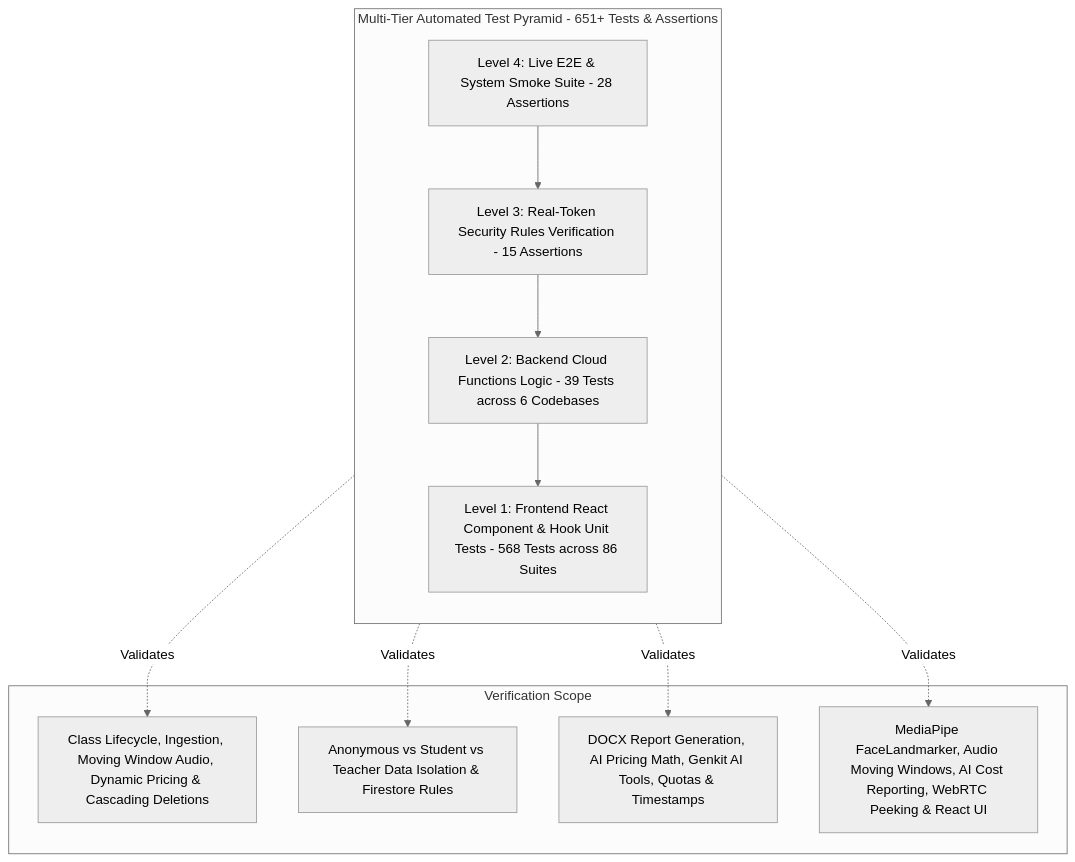
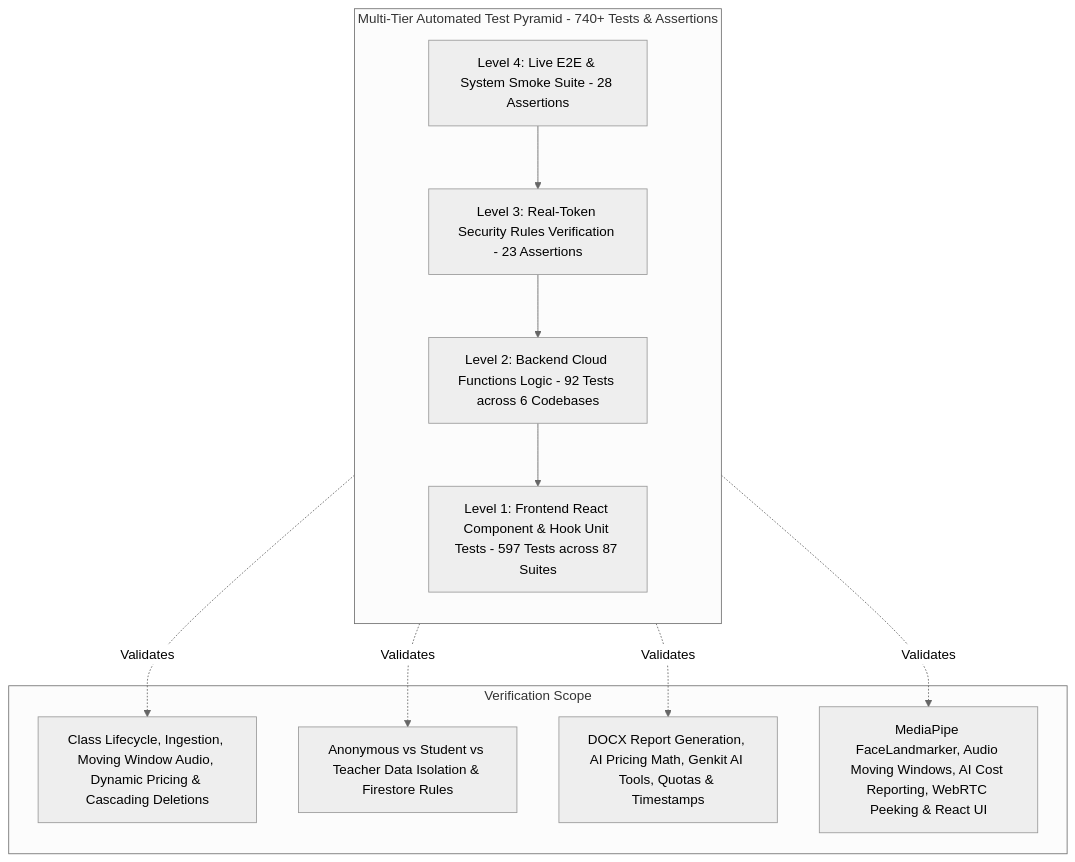
Before and after one commit to wongcyrus/Gemini-AI-Classroom-Assistant: the diagram in docs/testing-strategy-and-coverage.md, drawn with Mermaid (neutral theme). The commit also changed other lines of this file and 28 other files, not shown here.

````diff
--- a/docs/testing-strategy-and-coverage.md
+++ b/docs/testing-strategy-and-coverage.md
@@ -11,19 +11,19 @@
 ```mermaid
 flowchart TD
-    subgraph Pyramid [Multi-Tier Automated Test Pyramid - 651+ Tests & Assertions]
+    subgraph Pyramid [Multi-Tier Automated Test Pyramid - 740+ Tests & Assertions]
         direction TB
         L4[Level 4: Live E2E & System Smoke Suite - 28 Assertions]
-        L3[Level 3: Real-Token Security Rules Verification - 15 Assertions]
-        L2[Level 2: Backend Cloud Functions Logic - 39 Tests across 6 Codebases]
-        L1[Level 1: Frontend React Component & Hook Unit Tests - 568 Tests across 86 Suites]
+        L3[Level 3: Real-Token Security Rules Verification - 23 Assertions]
+        L2[Level 2: Backend Cloud Functions Logic - 92 Tests across 6 Codebases]
+        L1[Level 1: Frontend React Component & Hook Unit Tests - 597 Tests across 87 Suites]
         
         L4 --> L3 --> L2 --> L1
     end
 
     subgraph Details [Verification Scope]
         L4 -.->|Validates| D4[Class Lifecycle, Ingestion, Moving Window Audio, Dynamic Pricing & Cascading Deletions]
         L3 -.->|Validates| D3[Anonymous vs Student vs Teacher Data Isolation & Firestore Rules]
         L2 -.->|Validates| D2[DOCX Report Generation, AI Pricing Math, Genkit AI Tools, Quotas & Timestamps]
         L1 -.->|Validates| D1[MediaPipe FaceLandmarker, Audio Moving Windows, AI Cost Reporting, WebRTC Peeking & React UI]
     end
 ```
````
